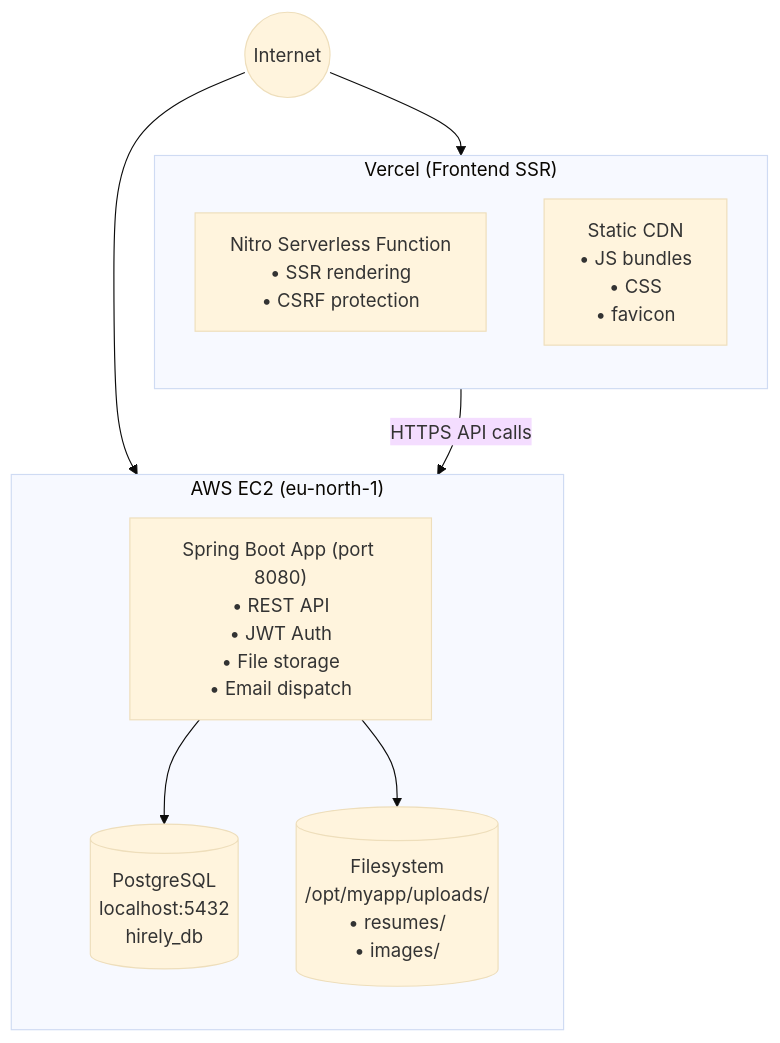
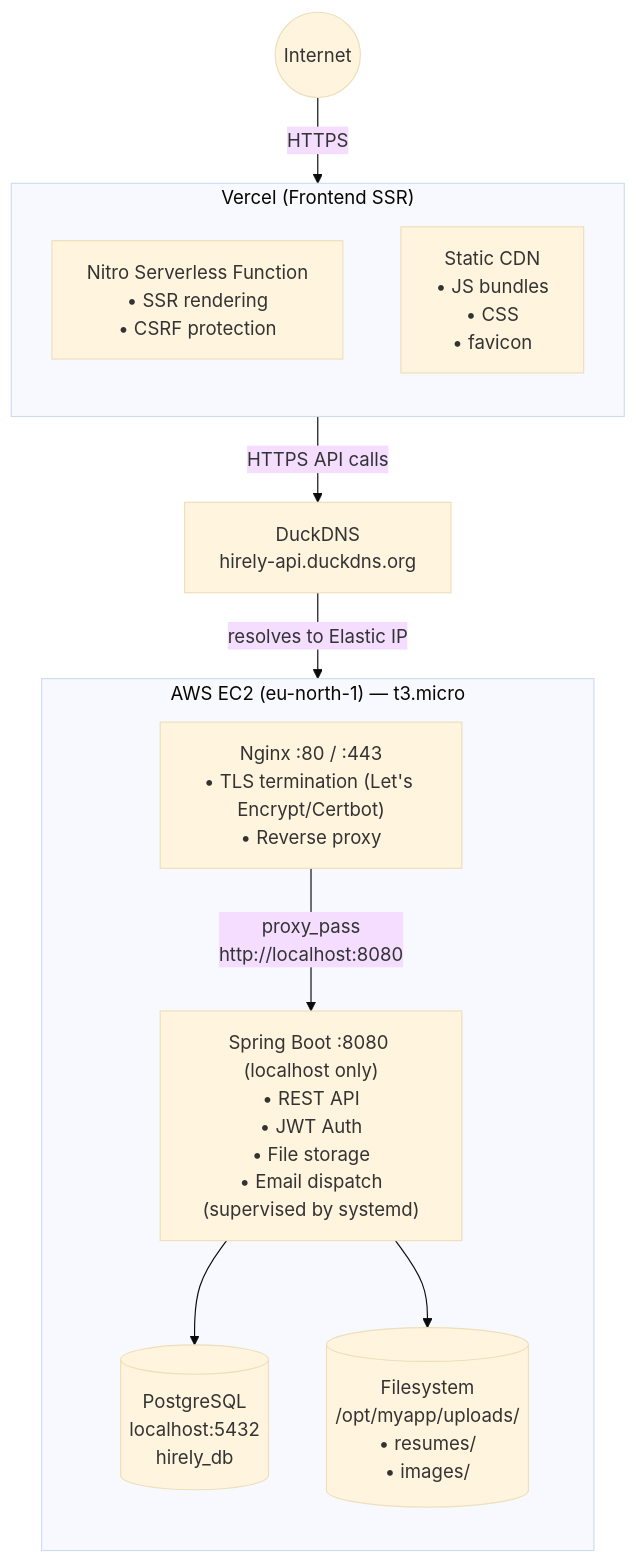
The fourth of 4 diagrams in README.md (saiteja9078/Hirely), drawn with Mermaid (base theme) before and after one commit.

````diff
--- a/README.md
+++ b/README.md
@@ -326,23 +325,30 @@
 ```mermaid
+
 flowchart TB
     Internet(("Internet"))
 
     subgraph Vercel["Vercel (Frontend SSR)"]
         direction TB
         Nitro["Nitro Serverless Function\n• SSR rendering\n• CSRF protection"]
         CDN["Static CDN\n• JS bundles\n• CSS\n• favicon"]
     end
 
-    subgraph EC2["AWS EC2 (eu-north-1)"]
+    DNS["DuckDNS\nhirely-api.duckdns.org"]
+
+    subgraph EC2["AWS EC2 (eu-north-1) — t3.micro"]
         direction TB
-        Spring["Spring Boot App (port 8080)\n• REST API\n• JWT Auth\n• File storage\n• Email dispatch"]
+        Nginx["Nginx :80 / :443\n• TLS termination (Let's Encrypt/Certbot)\n• Reverse proxy"]
+        Spring["Spring Boot :8080 (localhost only)\n• REST API\n• JWT Auth\n• File storage\n• Email dispatch\n(supervised by systemd)"]
         PG[("PostgreSQL\nlocalhost:5432\nhirely_db")]
         FS[("Filesystem\n/opt/myapp/uploads/\n• resumes/\n• images/")]
+
+        Nginx -->|"proxy_pass\nhttp://localhost:8080"| Spring
         Spring --> PG
         Spring --> FS
     end
 
-    Internet --> Vercel
-    Internet --> EC2
-    Nitro -->|"HTTPS API calls"| Spring
+    Internet -->|HTTPS| Vercel
+    Nitro -->|"HTTPS API calls"| DNS
+    DNS -->|"resolves to Elastic IP"| Nginx
+
 ```
````
